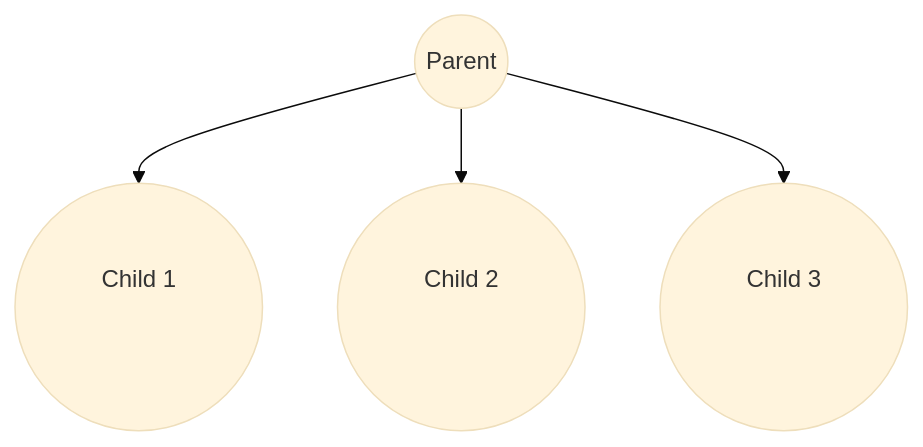
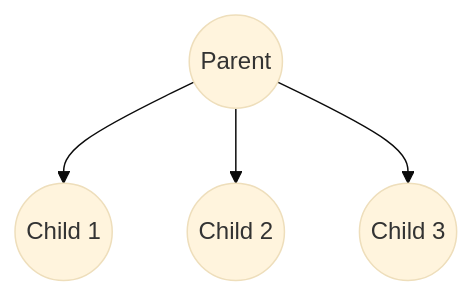
The third of 5 diagrams in _posts/2024-01-18-euler_tour_technique.md (CHOYUNSIG/algorithm_with_boj), drawn with Mermaid (base theme) before and after one commit. The commit also changed other lines of this file and 3 other files, not shown here.

```diff
--- a/_posts/2024-01-18-euler_tour_technique.md
+++ b/_posts/2024-01-18-euler_tour_technique.md
@@ -100,14 +100,14 @@
 <pre class="mermaid">
     graph TD
         A --> B
         A --> C
         A --> D
 
     A((Parent))
     B(("Child 1
-    <span class="mathjax mj1" style="display: inline-block; width: 150px; height: 30px"></span>"))
+    <span class="mathjax mj1"></span>"))
     C(("Child 2
-    <span class="mathjax mj2" style="display: inline-block; width: 150px; height: 30px"></span>"))
+    <span class="mathjax mj2"></span>"))
     D(("Child 3
-    <span class="mathjax mj3" style="display: inline-block; width: 150px; height: 30px"></span>"))
+    <span class="mathjax mj3"></span>"))
 </pre>
```
